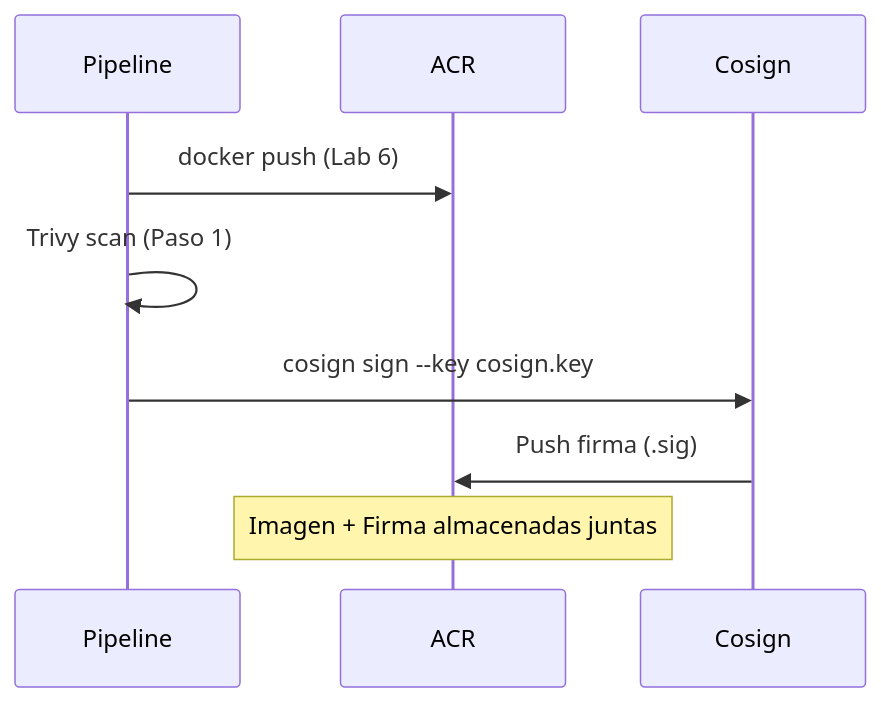
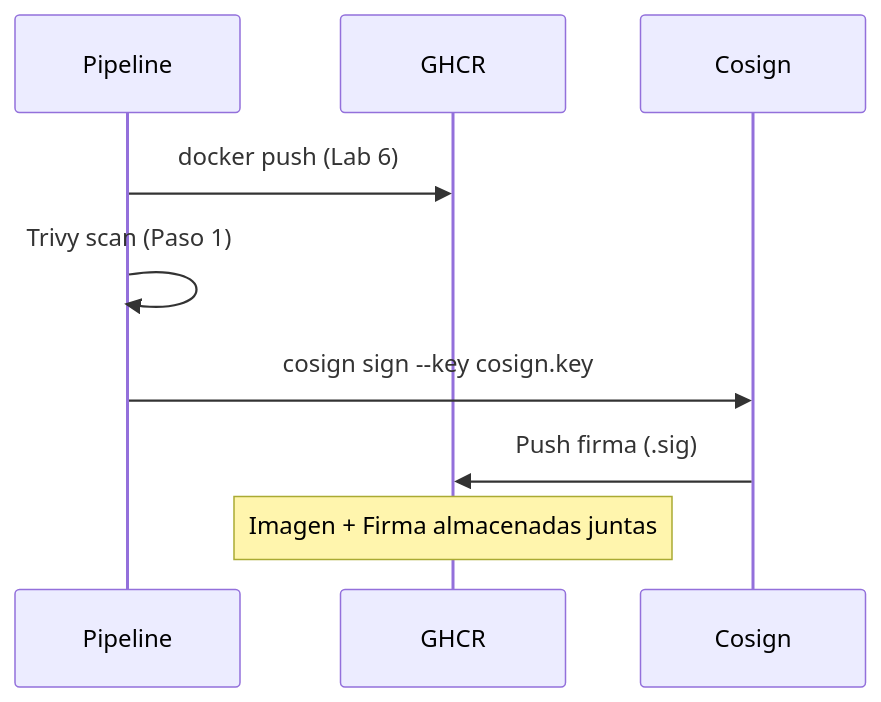
One commit to jhonsanchez/workshop-devsecops-pipelines changed the diagram in docs/lab07-image-signing/step2.md. Above: the diagram before and after it, drawn with Mermaid. The commit also changed other lines of this file and 52 other files, not shown here.

````diff
--- a/docs/lab07-image-signing/step2.md
+++ b/docs/lab07-image-signing/step2.md
@@ -18,11 +18,11 @@
 ```mermaid
 sequenceDiagram
     participant Pipeline
-    participant ACR
+    participant GHCR
     participant Cosign
-    Pipeline->>ACR: docker push (Lab 6)
+    Pipeline->>GHCR: docker push (Lab 6)
     Pipeline->>Pipeline: Trivy scan (Paso 1)
     Pipeline->>Cosign: cosign sign --key cosign.key
-    Cosign->>ACR: Push firma (.sig)
-    Note over ACR: Imagen + Firma almacenadas juntas
+    Cosign->>GHCR: Push firma (.sig)
+    Note over GHCR: Imagen + Firma almacenadas juntas
 ```
````
